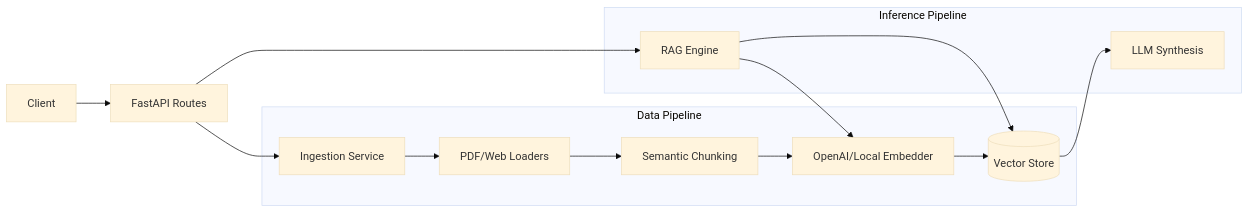
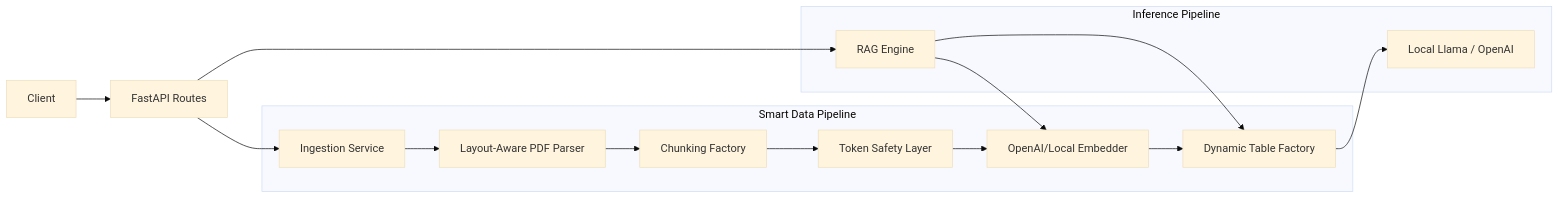
The diagram in README.md (kamalpandiv/refactored-couscous), drawn with Mermaid (base theme) before and after one commit. The commit also changed other lines of this file and 5 other files, not shown here.

````diff
--- a/README.md
+++ b/README.md
@@ -19,20 +23,21 @@
 ```mermaid
 graph LR
     User[Client] --> API[FastAPI Routes]
     API --> Ingest[Ingestion Service]
     API --> Engine[RAG Engine]
 
-    subgraph "Data Pipeline"
-    Ingest --> Loaders[PDF/Web Loaders]
-    Loaders --> Chunker[Semantic Chunking]
-    Chunker --> Embedder[OpenAI/Local Embedder]
-    Embedder --> VectorDB[(Vector Store)]
+    subgraph "Smart Data Pipeline"
+    Ingest --> Parser[Layout-Aware PDF Parser]
+    Parser --> ChunkerFactory[Chunking Factory]
+    ChunkerFactory --> Safety[Token Safety Layer]
+    Safety --> Embedder[OpenAI/Local Embedder]
+    Embedder --> DynDB[Dynamic Table Factory]
     end
 
     subgraph "Inference Pipeline"
     Engine --> Embedder
-    Engine --> VectorDB
-    VectorDB --> LLM[LLM Synthesis]
+    Engine --> DynDB
+    DynDB --> LLM[Local Llama / OpenAI]
     end
 
 ```
````
